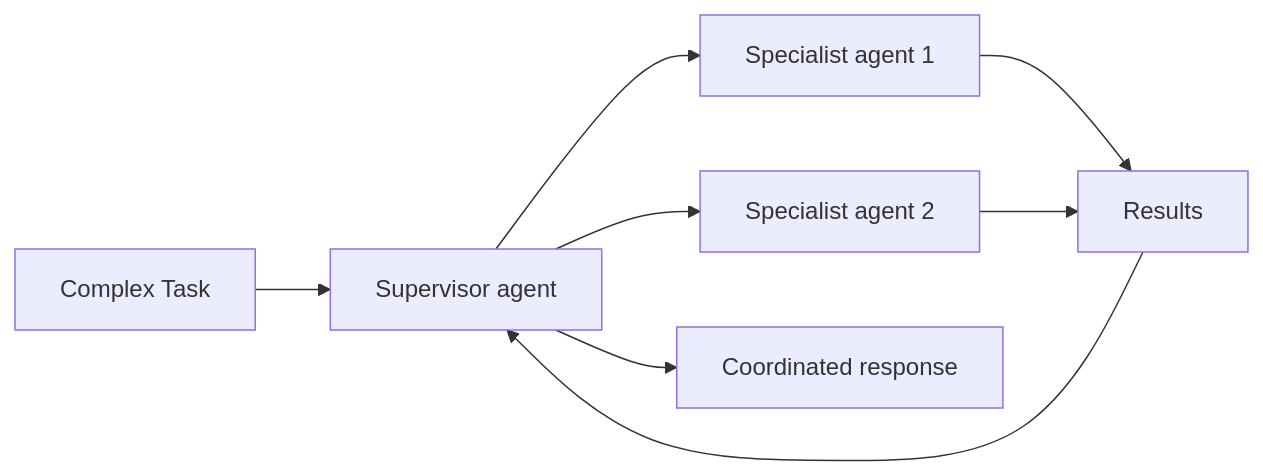
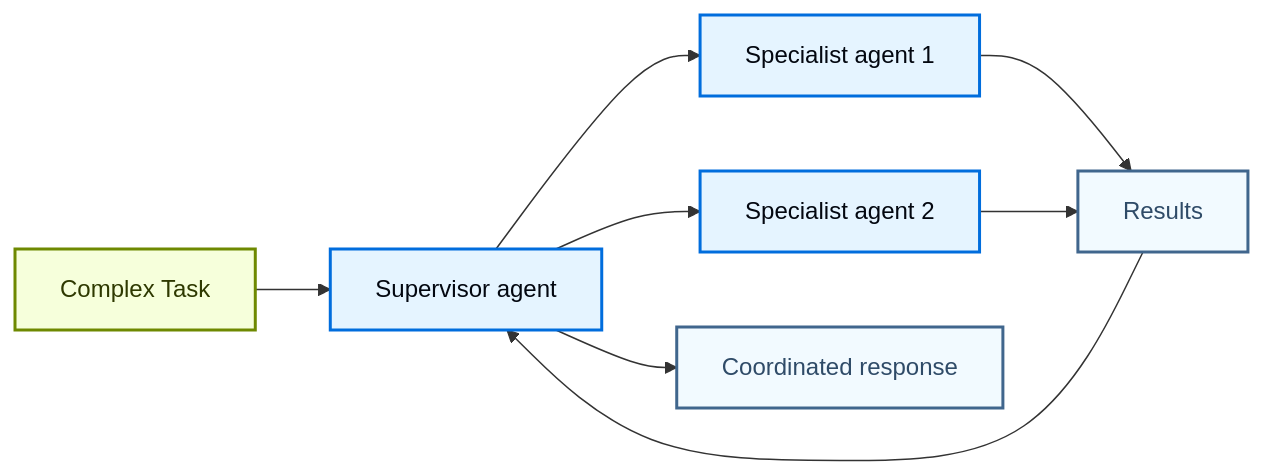
Before and after one commit to olorehq/olore: the fourth of 4 diagrams in vault/packages/langchain/latest/contents/langchain/component-architecture.mdx, drawn with Mermaid. The commit also changed other lines of this file and 14210 other files, not shown here.

````diff
--- a/vault/packages/langchain/latest/contents/langchain/component-architecture.mdx
+++ b/vault/packages/langchain/latest/contents/langchain/component-architecture.mdx
@@ -102,10 +130,18 @@
 ```mermaid
 graph LR
     A[Complex Task] --> B[Supervisor agent]
     B --> C[Specialist agent 1]
     B --> D[Specialist agent 2]
     C --> E[Results]
     D --> E
     E --> B
     B --> F[Coordinated response]
+
+    classDef trigger fill:#F6FFDB,stroke:#6E8900,stroke-width:2px,color:#2E3900
+    classDef process fill:#E5F4FF,stroke:#006DDD,stroke-width:2px,color:#030710
+    classDef neutral fill:#F2FAFF,stroke:#40668D,stroke-width:2px,color:#2F4B68
+
+    class A trigger
+    class B,C,D process
+    class E,F neutral
 ```
````
